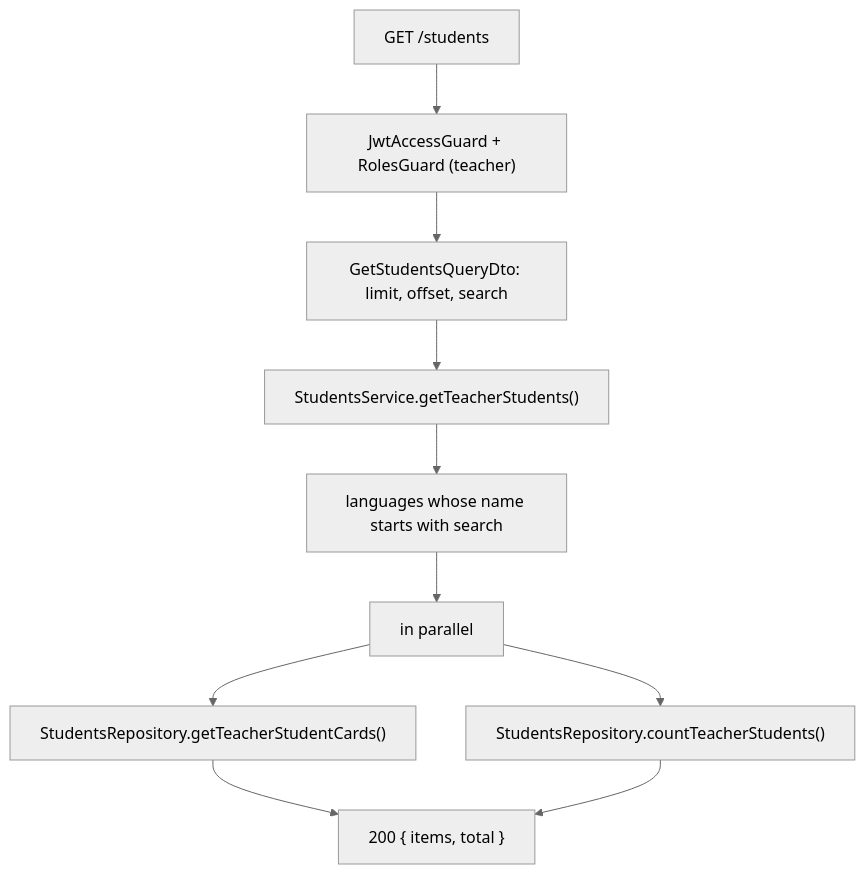
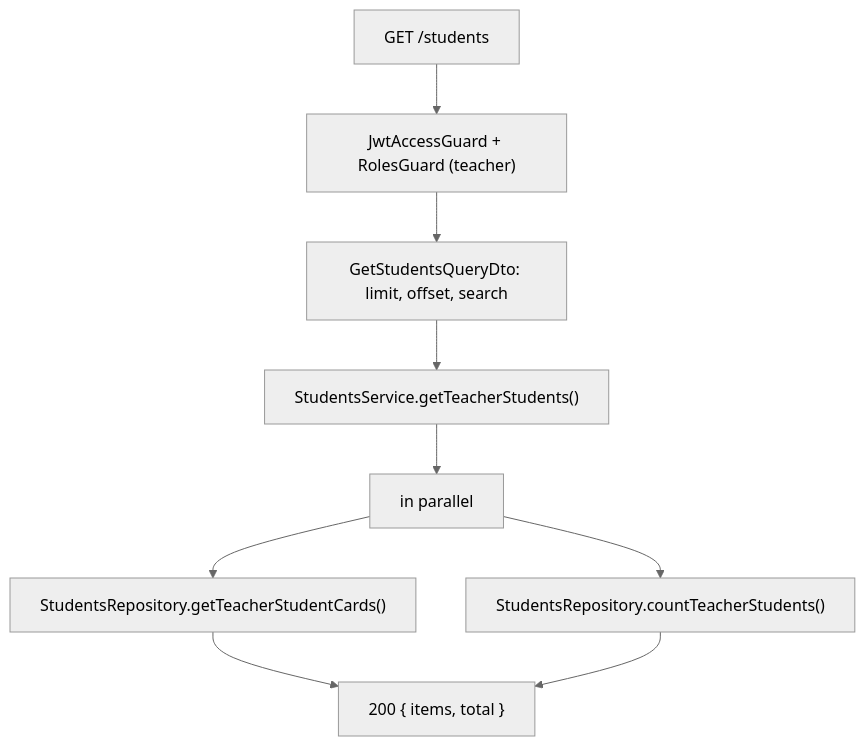
One commit to KaterynaKocheharova/Practice-app changed the second of 2 diagrams in back/docs/students/student-endpoints.md. Above: the diagram before and after it, drawn with Mermaid (neutral theme). The commit also changed other lines of this file and 11 other files, not shown here.

````diff
--- a/back/docs/students/student-endpoints.md
+++ b/back/docs/students/student-endpoints.md
@@ -60,12 +60,11 @@
 ```mermaid
 flowchart TD
   Request["GET /students"] --> Guards["JwtAccessGuard + RolesGuard (teacher)"]
   Guards --> Dto["GetStudentsQueryDto: limit, offset, search"]
   Dto --> Service["StudentsService.getTeacherStudents()"]
-  Service --> Languages["languages whose name starts with search"]
-  Languages --> Parallel["in parallel"]
+  Service --> Parallel["in parallel"]
   Parallel --> Cards["StudentsRepository.getTeacherStudentCards()"]
   Parallel --> Count["StudentsRepository.countTeacherStudents()"]
   Cards --> Response["200 { items, total }"]
   Count --> Response
 ```
````
